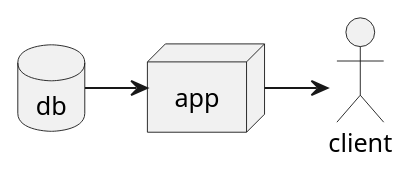
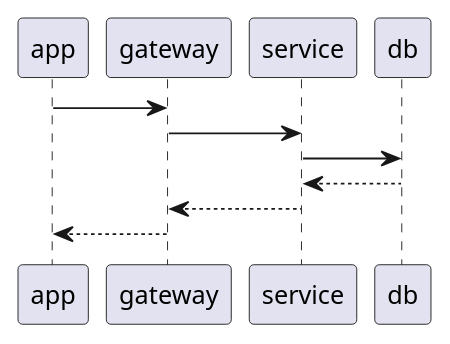
The diagram in assets/plantuml/sequence-test.md (Wang-Ray/Wang-Ray.github.io), drawn with PlantUML before and after one commit. The commit also changed 3 other files, not shown here.

````diff
--- a/assets/plantuml/sequence-test.md
+++ b/assets/plantuml/sequence-test.md
@@ -1,10 +1,10 @@
 ```plantuml
 @startuml
-actor client
-node app
-database db
-
-db -> app
-app -> client
+app -> gateway
+gateway -> service
+service -> db
+db --> service
+service --> gateway
+gateway --> app
 @enduml
 ```
````
